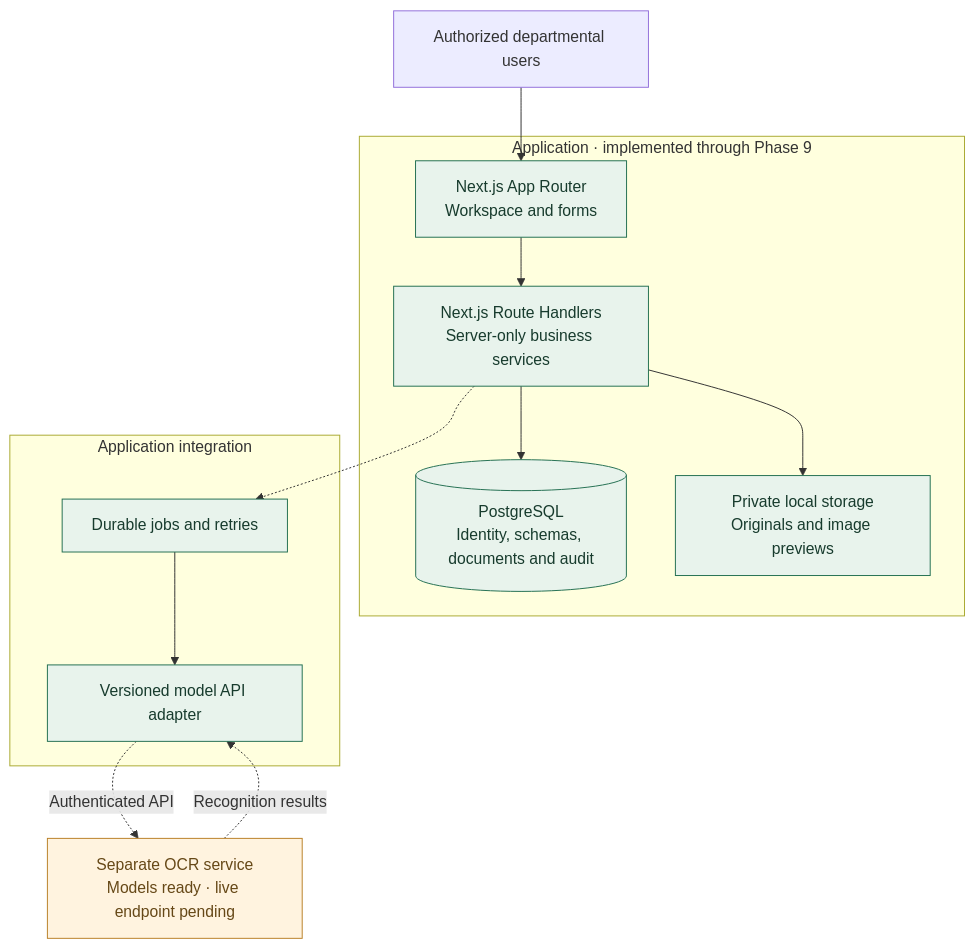
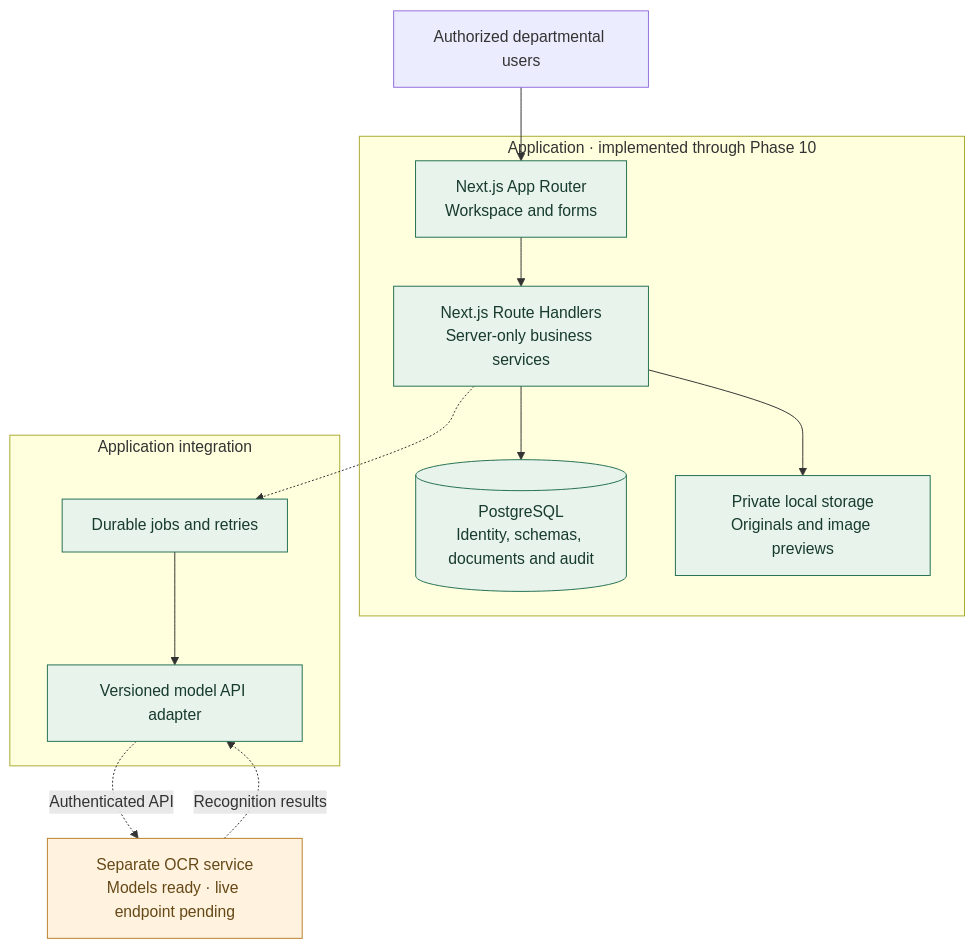
The first of 2 diagrams in SIHPPT.md (unseenap/Land_dizitization), drawn with Mermaid before and after one commit. The commit also changed other lines of this file and 34 other files, not shown here.

````diff
--- a/SIHPPT.md
+++ b/SIHPPT.md
@@ -64,28 +64,28 @@
 ```mermaid
 flowchart TB
     User["Authorized departmental users"]
-    subgraph App["Application · implemented through Phase 9"]
+    subgraph App["Application · implemented through Phase 10"]
         UI["Next.js App Router<br/>Workspace and forms"]
         API["Next.js Route Handlers<br/>Server-only business services"]
         DB[("PostgreSQL<br/>Identity, schemas, documents and audit")]
         Files["Private local storage<br/>Originals and image previews"]
         UI --> API
         API --> DB
         API --> Files
     end
     subgraph Connection["Application integration"]
         Jobs["Durable jobs and retries"]
         Adapter["Versioned model API adapter"]
         Jobs --> Adapter
     end
     OCR["Separate OCR service<br/>Models ready · live endpoint pending"]
     User --> UI
     API -.-> Jobs
     Adapter -.->|Authenticated API| OCR
     OCR -.->|Recognition results| Adapter
     classDef ready fill:#e8f3ec,stroke:#247052,color:#173b2d;
     classDef external fill:#fff3df,stroke:#ba8129,color:#664817;
     class UI,API,DB,Files ready;
     class Jobs,Adapter ready;
     class OCR external;
 ```
````
